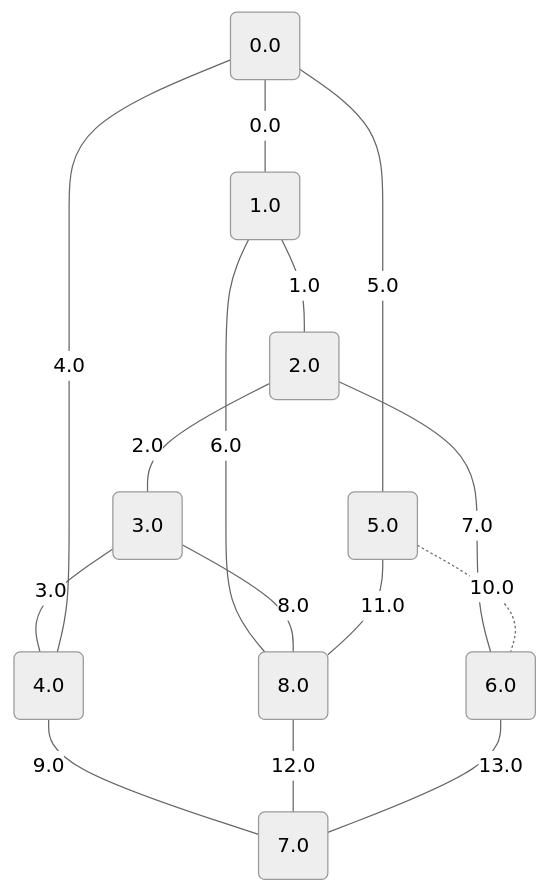
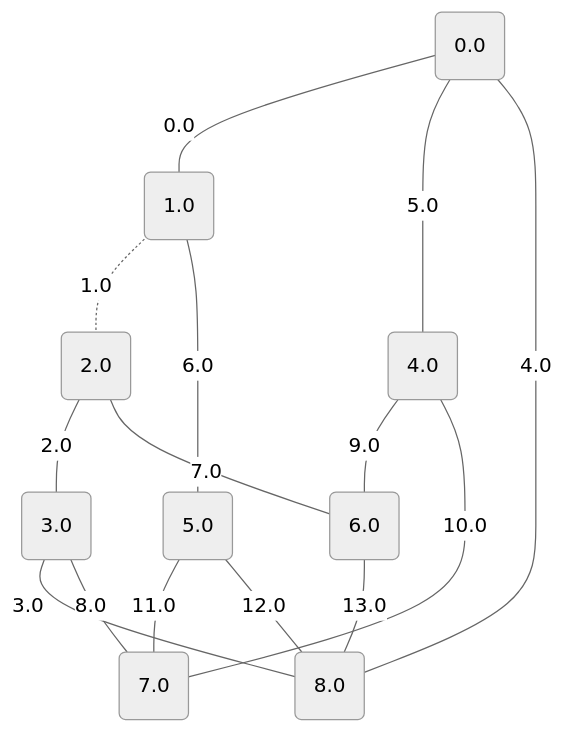
Before and after one commit to metury/graphs: the fourth of 17 diagrams in project/src/testing/showcase/minCutPetersen.md, drawn with Mermaid (neutral theme). The commit also changed other lines of this file and 33 other files, not shown here.

````diff
--- a/project/src/testing/showcase/minCutPetersen.md
+++ b/project/src/testing/showcase/minCutPetersen.md
@@ -106,26 +106,26 @@
 ```mermaid
 graph TD;
 	0("0.0");
 	1("1.0");
 	2("2.0");
 	3("3.0");
 	4("4.0");
 	5("5.0");
 	6("6.0");
 	7("7.0");
 	8("8.0");
 	0 -- "0.0" --- 1;
-	1 -- "1.0" --- 2;
+	1 -. "1.0" -.- 2;
 	2 -- "2.0" --- 3;
-	3 -- "3.0" --- 4;
-	4 -- "4.0" --- 0;
-	0 -- "5.0" --- 5;
-	1 -- "6.0" --- 8;
+	3 -- "3.0" --- 8;
+	8 -- "4.0" --- 0;
+	0 -- "5.0" --- 4;
+	1 -- "6.0" --- 5;
 	2 -- "7.0" --- 6;
-	3 -- "8.0" --- 8;
-	4 -- "9.0" --- 7;
-	5 -. "10.0" -.- 6;
-	5 -- "11.0" --- 8;
-	8 -- "12.0" --- 7;
-	6 -- "13.0" --- 7;
+	3 -- "8.0" --- 7;
+	4 -- "9.0" --- 6;
+	4 -- "10.0" --- 7;
+	5 -- "11.0" --- 7;
+	5 -- "12.0" --- 8;
+	6 -- "13.0" --- 8;
 ```
````
